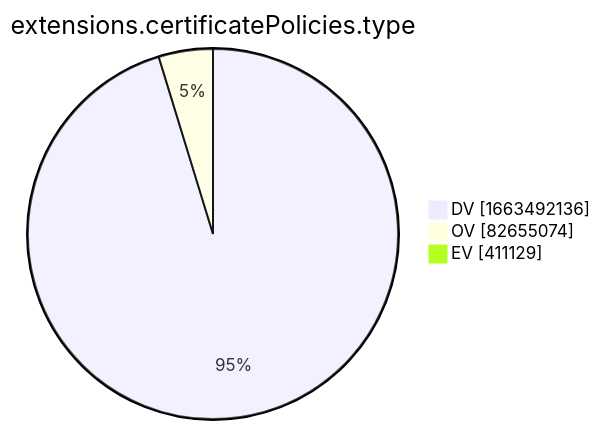
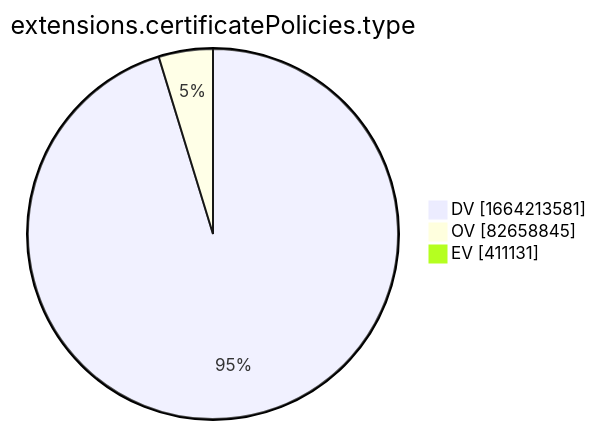
One commit to christiankrug/ctmonitor_visualization changed the tenth of 15 diagrams in xenon2022/README.md. Above: the diagram before and after it, drawn with Mermaid. The commit also changed other lines of this file, not shown here.

````diff
--- a/xenon2022/README.md
+++ b/xenon2022/README.md
@@ -2880,7 +2880,7 @@
 ```mermaid
 pie showData
 title extensions.certificatePolicies.type
-"DV" :1663492136
-"OV" :82655074
-"EV" :411129
+"DV" :1664213581
+"OV" :82658845
+"EV" :411131
 ```
````
